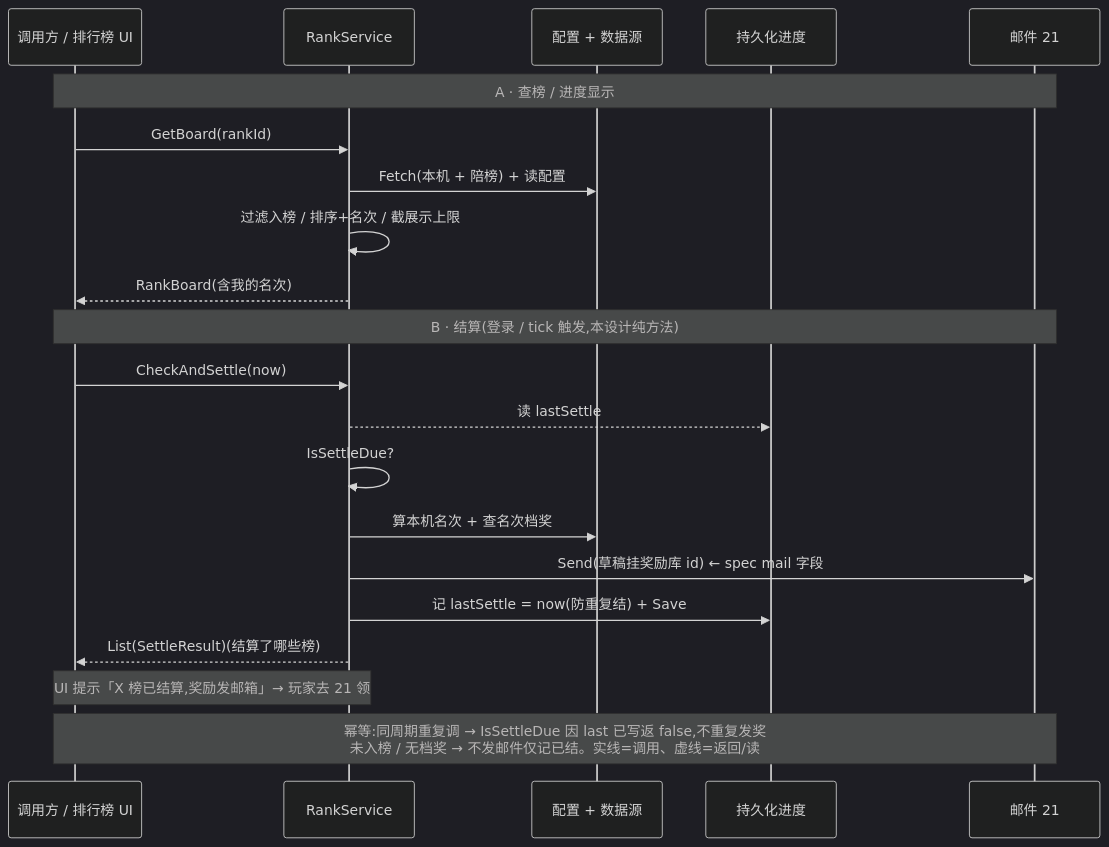
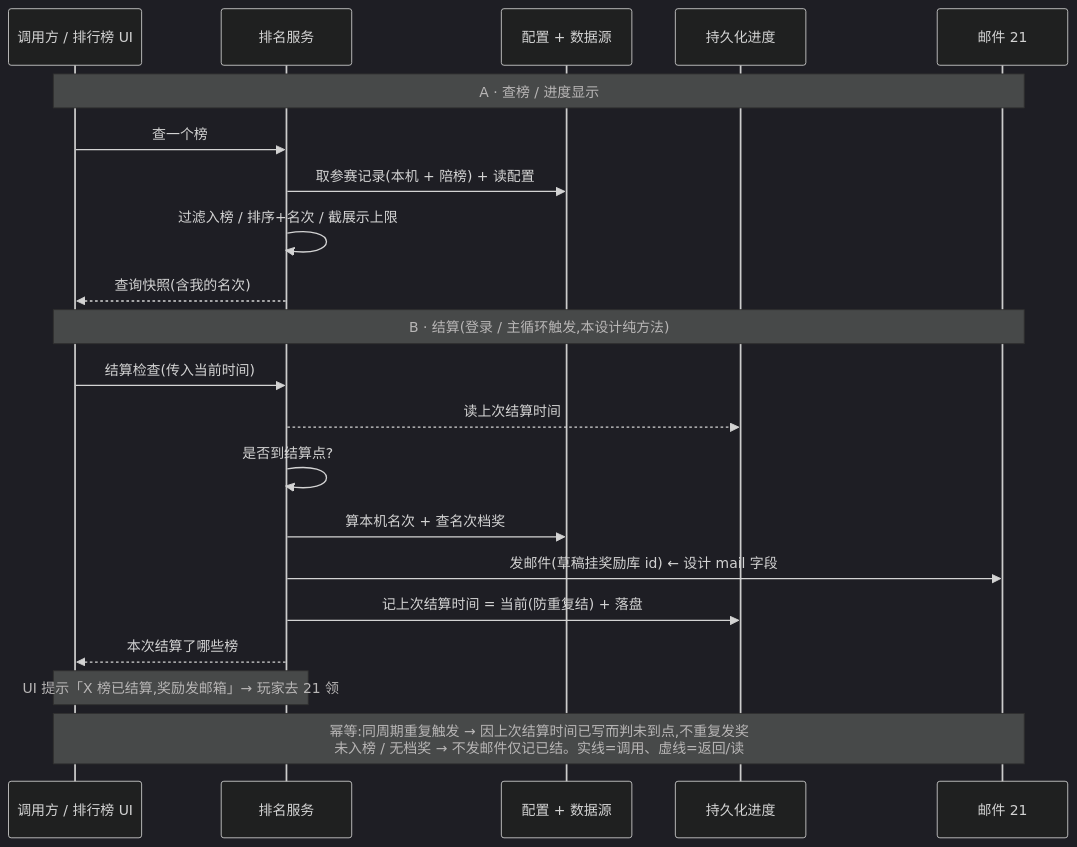
One commit to zhoupeng921101/TEngine_zp changed the second of 2 diagrams in UnityProject/design-docs/22-rank-system.md. Above: the diagram before and after it, drawn with Mermaid (dark theme). The commit also changed other lines of this file and 20 other files, not shown here.

````diff
--- a/UnityProject/design-docs/22-rank-system.md
+++ b/UnityProject/design-docs/22-rank-system.md
@@ -486,23 +258,23 @@
 ```mermaid
 sequenceDiagram
     participant U as 调用方 / 排行榜 UI
-    participant R as RankService
+    participant R as 排名服务
     participant C as 配置 + 数据源
     participant P as 持久化进度
     participant M as 邮件 21
     Note over U,M: A · 查榜 / 进度显示
-    U->>R: GetBoard(rankId)
-    R->>C: Fetch(本机 + 陪榜) + 读配置
+    U->>R: 查一个榜
+    R->>C: 取参赛记录(本机 + 陪榜) + 读配置
     R->>R: 过滤入榜 / 排序+名次 / 截展示上限
-    R-->>U: RankBoard(含我的名次)
-    Note over U,M: B · 结算(登录 / tick 触发,本设计纯方法)
-    U->>R: CheckAndSettle(now)
-    R-->>P: 读 lastSettle
-    R->>R: IsSettleDue?
+    R-->>U: 查询快照(含我的名次)
+    Note over U,M: B · 结算(登录 / 主循环触发,本设计纯方法)
+    U->>R: 结算检查(传入当前时间)
+    R-->>P: 读上次结算时间
+    R->>R: 是否到结算点?
     R->>C: 算本机名次 + 查名次档奖
-    R->>M: Send(草稿挂奖励库 id) ← spec mail 字段
-    R->>P: 记 lastSettle = now(防重复结) + Save
-    R-->>U: List(SettleResult)(结算了哪些榜)
+    R->>M: 发邮件(草稿挂奖励库 id) ← 设计 mail 字段
+    R->>P: 记上次结算时间 = 当前(防重复结) + 落盘
+    R-->>U: 本次结算了哪些榜
     Note over U,R: UI 提示「X 榜已结算,奖励发邮箱」→ 玩家去 21 领
-    Note over U,M: 幂等:同周期重复调 → IsSettleDue 因 last 已写返 false,不重复发奖<br/>未入榜 / 无档奖 → 不发邮件仅记已结。实线=调用、虚线=返回/读
+    Note over U,M: 幂等:同周期重复触发 → 因上次结算时间已写而判未到点,不重复发奖<br/>未入榜 / 无档奖 → 不发邮件仅记已结。实线=调用、虚线=返回/读
 ```
````
